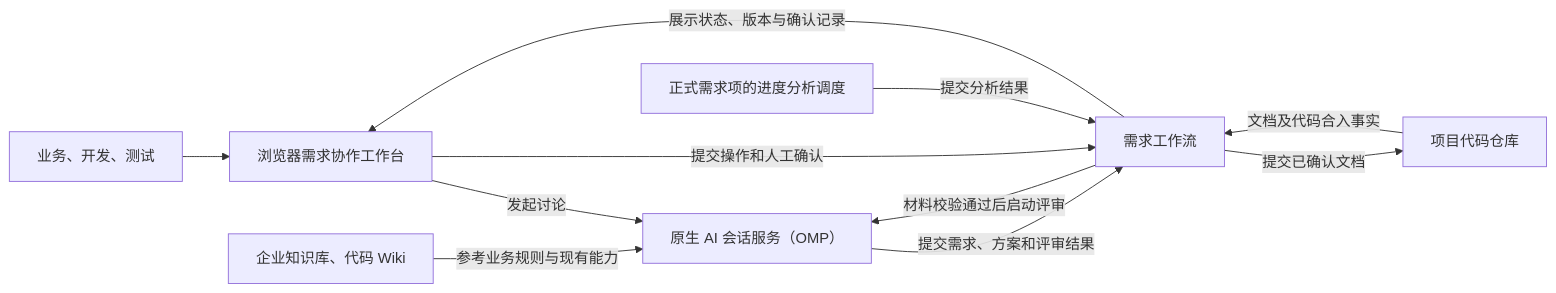
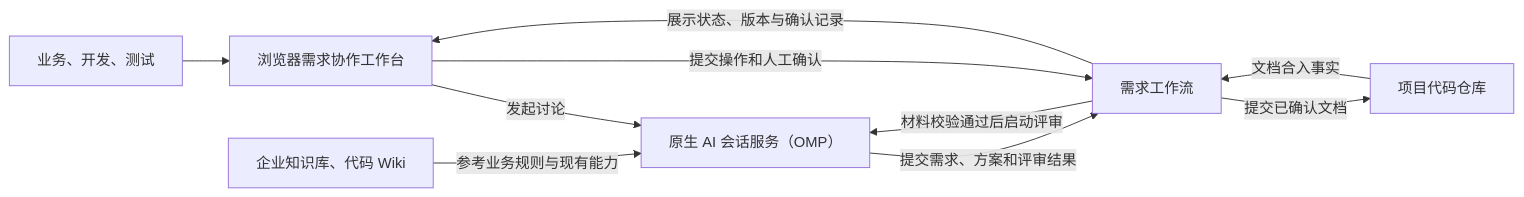
The first of 2 diagrams in docs/briefings/requirements-collaboration.md (jchanghong023/ZCode), drawn with Mermaid before and after one commit. The commit also changed other lines of this file and 181 other files, not shown here.

````diff
--- a/docs/briefings/requirements-collaboration.md
+++ b/docs/briefings/requirements-collaboration.md
@@ -9,13 +9,12 @@
 ```mermaid
 flowchart LR
   People["业务、开发、测试"] --> Web["浏览器需求协作工作台"]
   Web -->|发起讨论| Agent["原生 AI 会话服务（OMP）"]
   Knowledge["企业知识库、代码 Wiki"] -->|参考业务规则与现有能力| Agent
   Web -->|提交操作和人工确认| Workflow["需求工作流"]
   Agent -->|提交需求、方案和评审结果| Workflow
   Workflow -->|材料校验通过后启动评审| Agent
   Workflow -->|提交已确认文档| Repo["项目代码仓库"]
-  Repo -->|文档及代码合入事实| Workflow
-  Scheduler["正式需求项的进度分析调度"] -->|提交分析结果| Workflow
+  Repo -->|文档合入事实| Workflow
   Workflow -->|展示状态、版本与确认记录| Web
 ```
````
